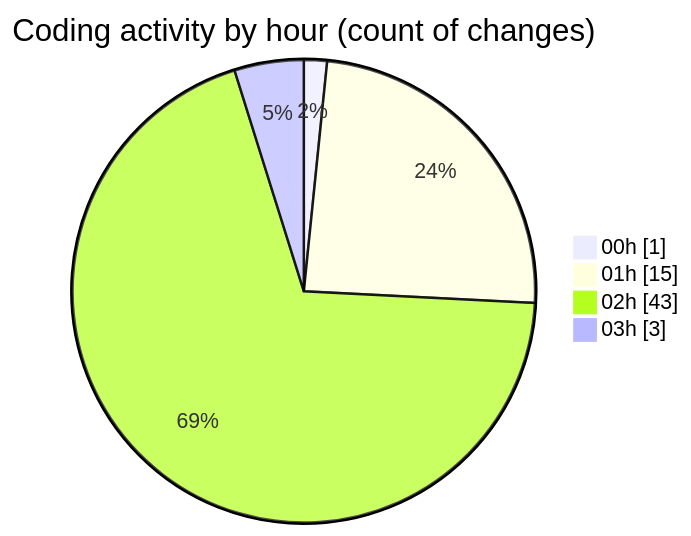
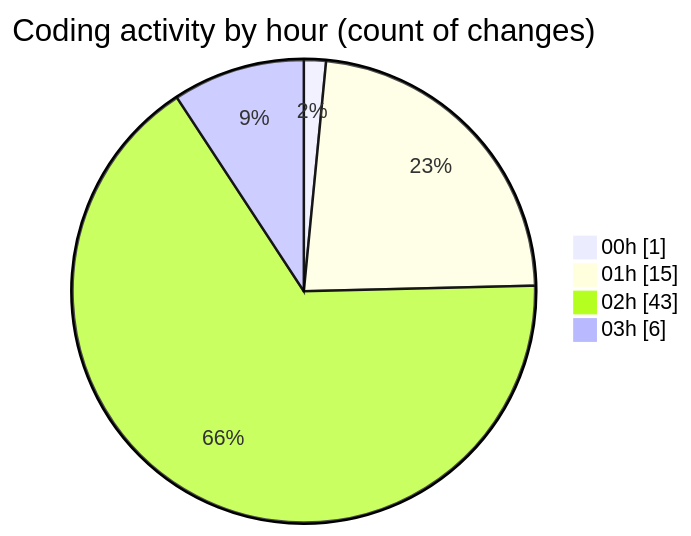
Before and after one commit to Elitesun/code-tracking: the second of 2 diagrams in 2025-05-01/niten/README.md, drawn with Mermaid. The commit also changed other lines of this file and 1 other file, not shown here.

````diff
--- a/2025-05-01/niten/README.md
+++ b/2025-05-01/niten/README.md
@@ -47,8 +48,8 @@
 ```mermaid
 pie showData
 title Coding activity by hour (count of changes)
 "00h" : 1
 "01h" : 15
 "02h" : 43
-"03h" : 3
+"03h" : 6
 ```
````
